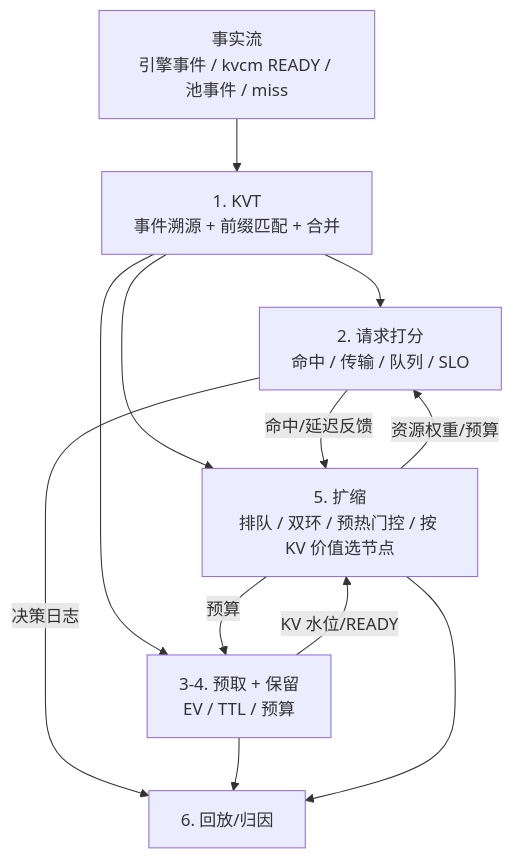
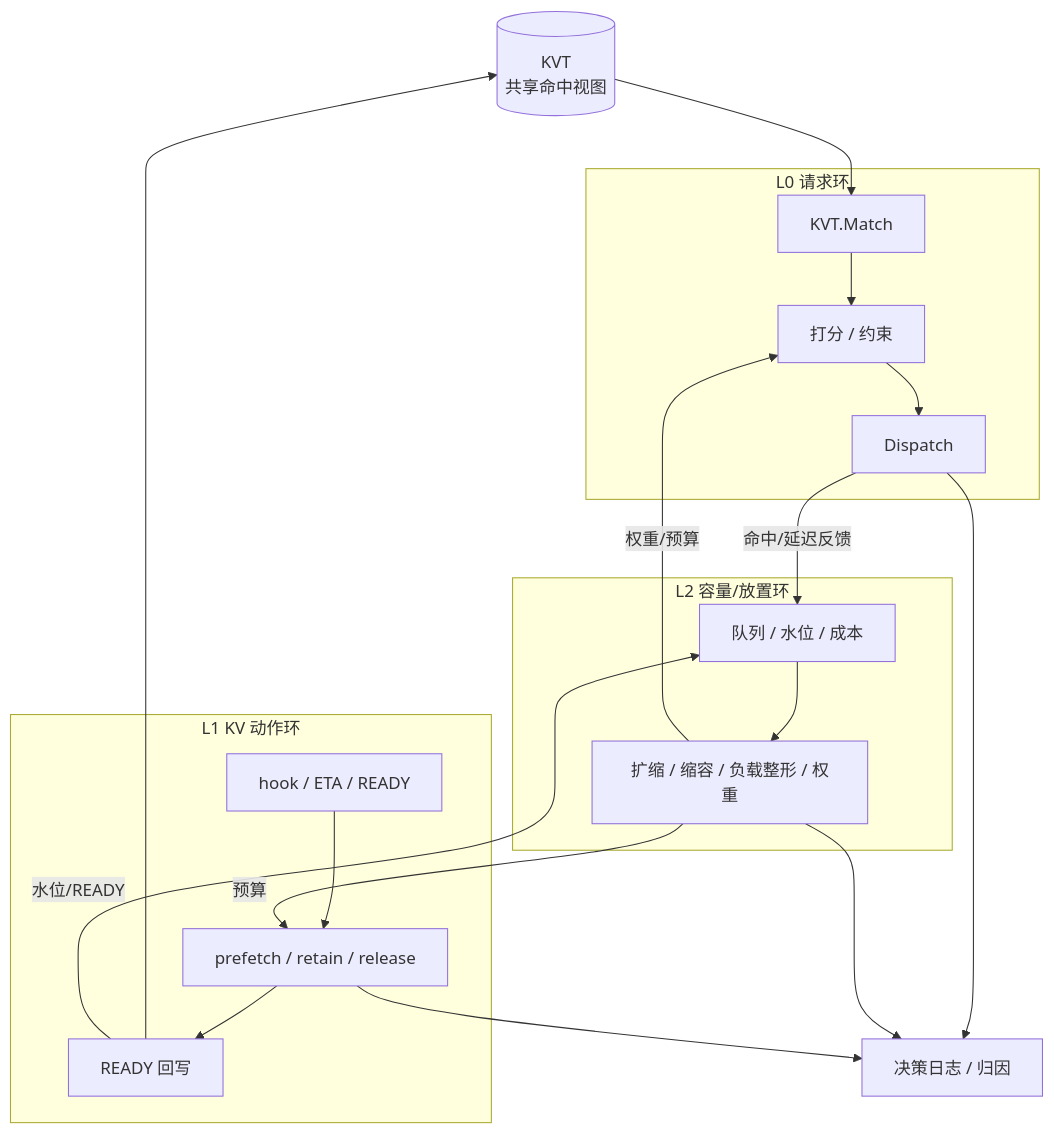
Before and after one commit to 5x8-40/lake: the first of 8 diagrams in kvcm/design/D8a-scheduling-algorithms.md, drawn with Mermaid. The commit also changed other lines of this file, not shown here.

First line of the commit message:
docs(kvcm): D8a 澄清三环、layerwise 取舍与开源复用边界

````diff
--- a/kvcm/design/D8a-scheduling-algorithms.md
+++ b/kvcm/design/D8a-scheduling-algorithms.md
@@ -15,14 +15,26 @@
 ```mermaid
 flowchart TB
-    F["事实流<br/>引擎事件 / kvcm READY / 池事件 / miss"] --> KVT["1. KVT<br/>事件溯源 + 前缀匹配 + 合并"]
-    KVT --> L0["2. 请求打分<br/>命中 / 传输 / 队列 / SLO"]
-    KVT --> L1["3-4. 预取 + 保留<br/>EV / TTL / 预算"]
-    KVT --> L2["5. 扩缩<br/>排队 / 双环 / 预热门控 / 按 KV 价值选节点"]
-    L0 -->|"命中/延迟反馈"| L2
-    L1 -->|"KV 水位/READY"| L2
-    L2 -->|"资源权重/预算"| L0
-    L2 -->|"预算"| L1
-    L0 -->|"决策日志"| LOG["6. 回放/归因"]
-    L1 --> LOG
-    L2 --> LOG
+    KVT[("KVT<br/>共享命中视图")]
+
+    subgraph L0["L0 请求环"]
+        R1["KVT.Match"] --> R2["打分 / 约束"] --> R3["Dispatch"]
+    end
+
+    subgraph L1["L1 KV 动作环"]
+        A1["hook / ETA / READY"] --> A2["prefetch / retain / release"] --> A3["READY 回写"]
+    end
+
+    subgraph L2["L2 容量/放置环"]
+        S1["队列 / 水位 / 成本"] --> S2["扩缩 / 缩容 / 负载整形 / 权重"]
+    end
+
+    KVT --> R1
+    A3 --> KVT
+    R3 -->|"命中/延迟反馈"| S1
+    A3 -->|"水位/READY"| S1
+    S2 -->|"权重/预算"| R2
+    S2 -->|"预算"| A2
+    R3 --> LOG["决策日志 / 归因"]
+    A2 --> LOG
+    S2 --> LOG
 ```
````
